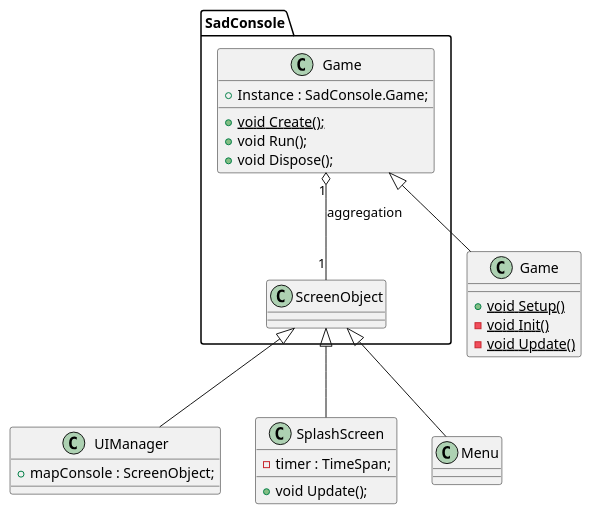
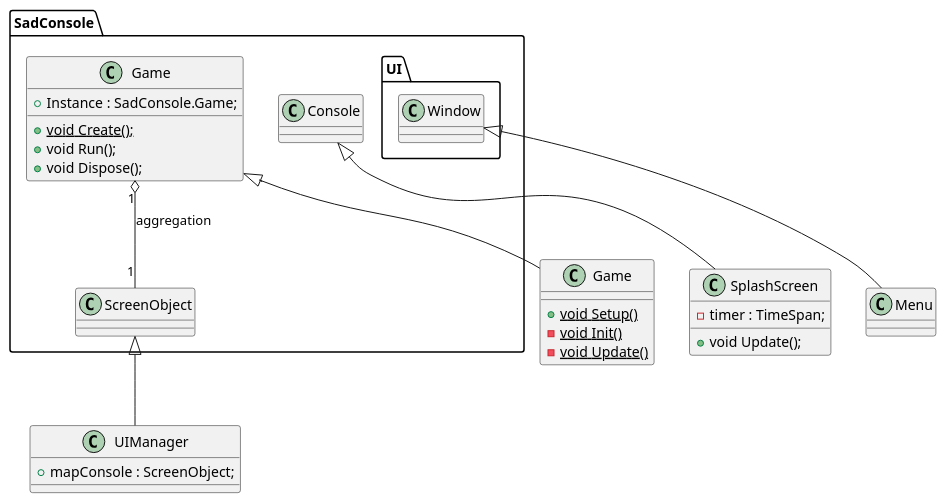
The diagram in doc/UML.wsd (KasperK87/project), drawn with PlantUML before and after one commit.

Commit message:
Implemented UIManegar

```diff
--- a/doc/UML.wsd
+++ b/doc/UML.wsd
@@ -4,43 +4,51 @@
 @startuml test
 
 Class SadConsole.Game{
     + Instance : SadConsole.Game;
 
     + {static} void Create();
     + void Run();
     + void Dispose();
 }
 
 Class SadConsole.ScreenObject{
 
 }
+
+Class SadConsole.UI.Window{
+
+}
+
+Class SadConsole.Console
 
 Class UIManager{
     + mapConsole : ScreenObject;
 }
 
 Class SplashScreen{
     - timer : TimeSpan;
 
     + void Update();
 }
 
 Class Menu{
 
 }
 
 Class Game{
     + {static} void Setup()
     - {static} void Init()
     - {static} void Update()
 }
 
 SadConsole.Game "1" o-- "1" SadConsole.ScreenObject : aggregation
+'Game "0-1" o-- "1" SplashScreen
+'Game "1" o-- "1" Menu
 
 SadConsole.Game <|-- Game
 SadConsole.ScreenObject <|-- UIManager
-SadConsole.ScreenObject <|-- SplashScreen
-SadConsole.ScreenObject <|-- Menu
+SadConsole.Console <|-- SplashScreen
+SadConsole.UI.Window <|-- Menu
 
 
 @enduml
```
